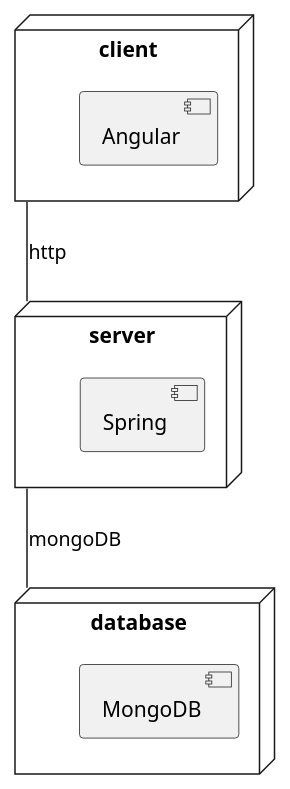
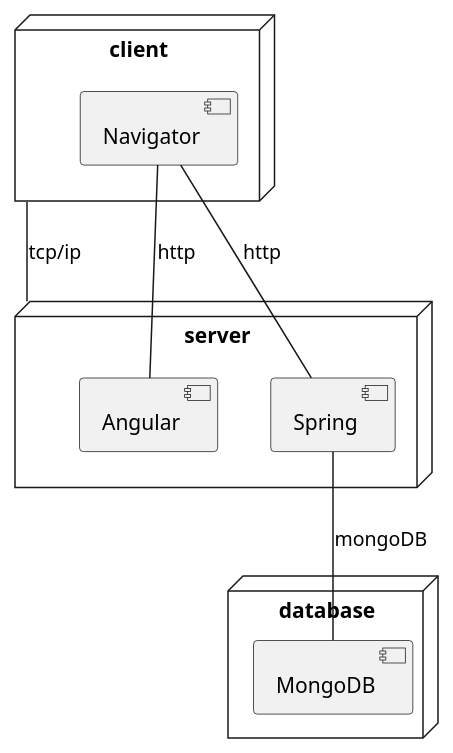
One commit to x-USantaTecla-project-ustUML/requirements changed the first of 2 diagrams in docs/diagrams/src/design.wsd. Above: the diagram before and after it, drawn with PlantUML. The commit also changed 5 other files, not shown here.

Commit message:
Changed some diagrams

```diff
--- a/docs/diagrams/src/design.wsd
+++ b/docs/diagrams/src/design.wsd
@@ -1,17 +1,20 @@
 @startuml deployView
 
 node client { 
-    component Angular
+    component Navigator
 }
 
 node server {
+    component Angular
     component Spring
 }
 
 node database {
     component MongoDB
 }
 
-client -down- server: http
-server -down- database: mongoDB
+client -down- server: tcp/ip
+Navigator -down- Spring: http
+Navigator -down- Angular: http
+Spring -down- MongoDB: mongoDB
 @enduml
```
